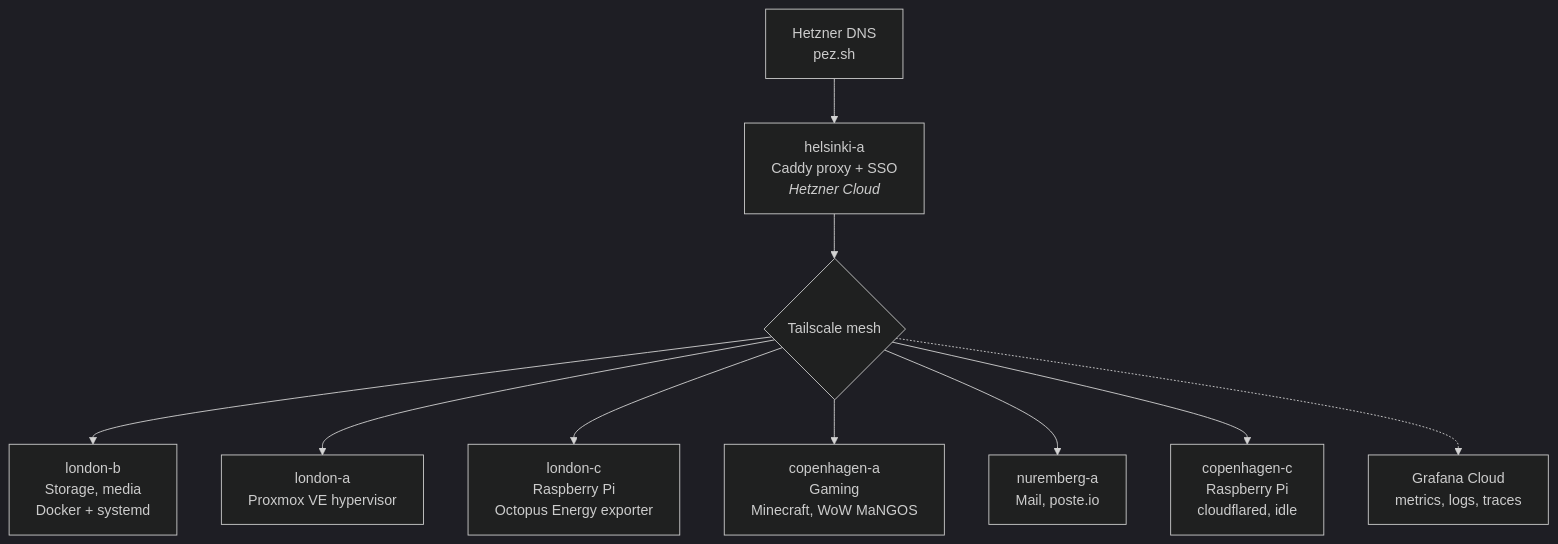
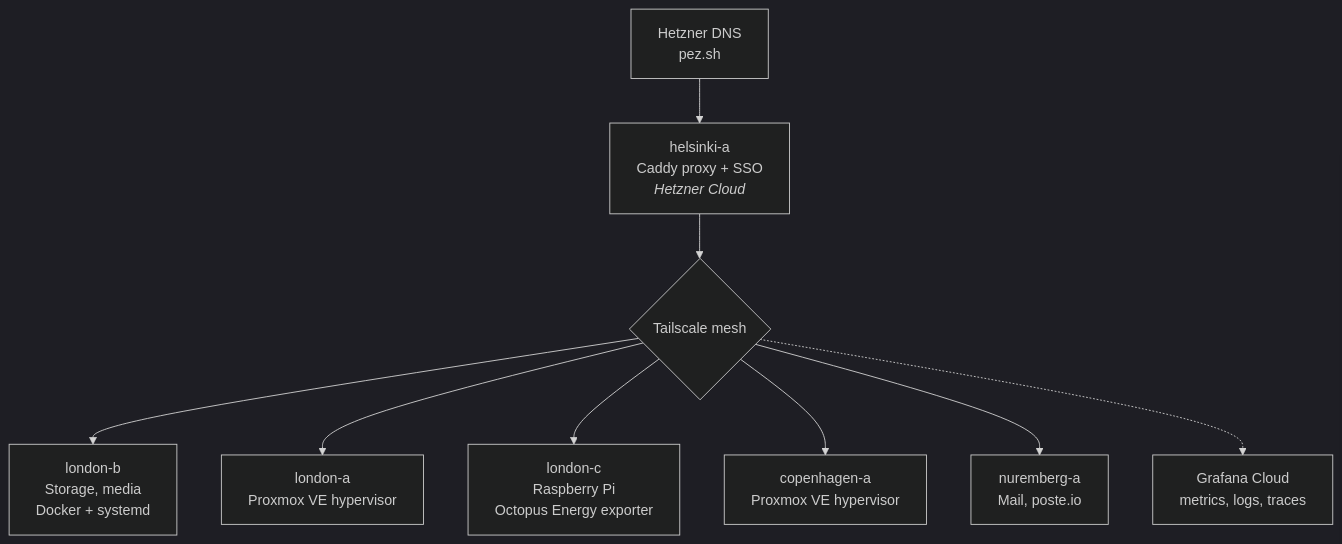
One commit to RWejlgaard/pez-infra changed the diagram in README.md. Above: the diagram before and after it, drawn with Mermaid (dark theme). The commit also changed other lines of this file and 33 other files, not shown here.

````diff
--- a/README.md
+++ b/README.md
@@ -14,12 +14,11 @@
 ```mermaid
 graph TD
     DNS[Hetzner DNS<br/>pez.sh] --> HEL[helsinki-a<br/>Caddy proxy + SSO<br/><i>Hetzner Cloud</i>]
     HEL --> TS{Tailscale mesh}
     TS --> LB[london-b<br/>Storage, media<br/>Docker + systemd]
     TS --> LA[london-a<br/>Proxmox VE hypervisor]
     TS --> LC[london-c<br/>Raspberry Pi<br/>Octopus Energy exporter]
-    TS --> CA[copenhagen-a<br/>Gaming<br/>Minecraft, WoW MaNGOS]
+    TS --> CA[copenhagen-a<br/>Proxmox VE hypervisor]
     TS --> NUR[nuremberg-a<br/>Mail, poste.io]
-    TS --> CC[copenhagen-c<br/>Raspberry Pi<br/>cloudflared, idle]
     TS -.-> GC[Grafana Cloud<br/>metrics, logs, traces]
 ```
````
